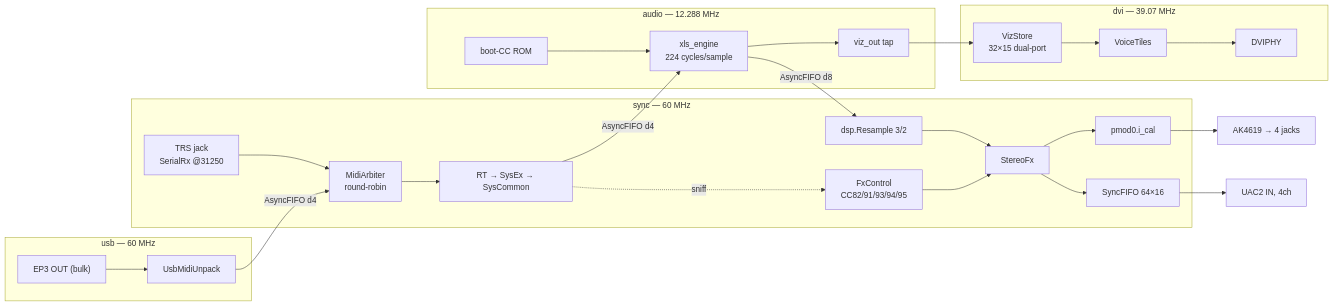
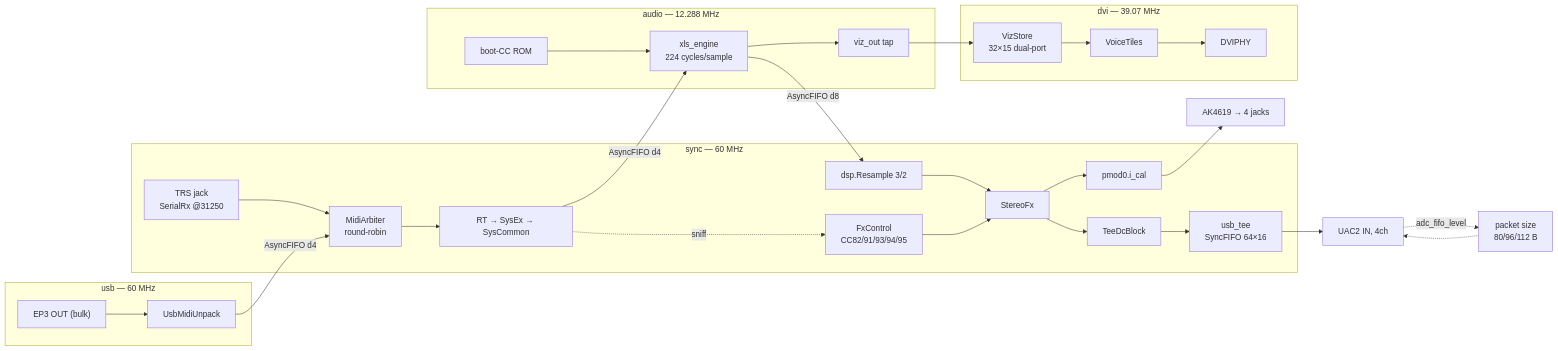
The first of 3 diagrams in ARCHITECTURE_tiliqua.md (kazunori279/xls32-fpga-synth), drawn with Mermaid before and after one commit. The commit also changed other lines of this file, not shown here.

First line of the commit message:
docs(tiliqua): document the capture tee -- DC block and UAC2 pacing

````diff
--- a/ARCHITECTURE_tiliqua.md
+++ b/ARCHITECTURE_tiliqua.md
@@ -192,28 +192,31 @@
 ```mermaid
 flowchart LR
   subgraph U["usb — 60 MHz"]
     EP["EP3 OUT (bulk)"] --> UNP["UsbMidiUnpack"]
   end
   subgraph S["sync — 60 MHz"]
     TRS["TRS jack<br/>SerialRx @31250"] --> ARB["MidiArbiter<br/>round-robin"]
     UNP -->|AsyncFIFO d4| ARB
     ARB --> FILT["RT → SysEx → SysCommon"]
     FILT -.sniff.-> FXC["FxControl<br/>CC82/91/93/94/95"]
     RES["dsp.Resample 3/2"] --> FX["StereoFx"]
     FXC --> FX
     FX --> CAL["pmod0.i_cal"]
-    FX --> TEE["SyncFIFO 64×16"]
+    FX --> DCB["TeeDcBlock"]
+    DCB --> TEE["usb_tee<br/>SyncFIFO 64×16"]
   end
   subgraph A["audio — 12.288 MHz"]
     ROM["boot-CC ROM"] --> ENG["xls_engine<br/>224 cycles/sample"]
     ENG --> VIZ["viz_out tap"]
   end
   subgraph D["dvi — 39.07 MHz"]
     STORE["VizStore<br/>32×15 dual-port"] --> TILES["VoiceTiles"] --> PHY["DVIPHY"]
   end
   FILT -->|AsyncFIFO d4| ENG
   ENG -->|AsyncFIFO d8| RES
   CAL --> AK["AK4619 → 4 jacks"]
   TEE --> USBIN["UAC2 IN, 4ch"]
+  USBIN -.->|adc_fifo_level| PACE["packet size<br/>80/96/112 B"]
+  PACE -.-> USBIN
   VIZ --> STORE
 ```
````
